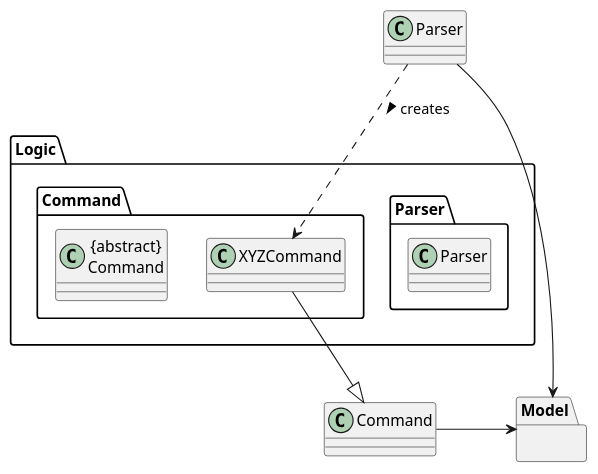
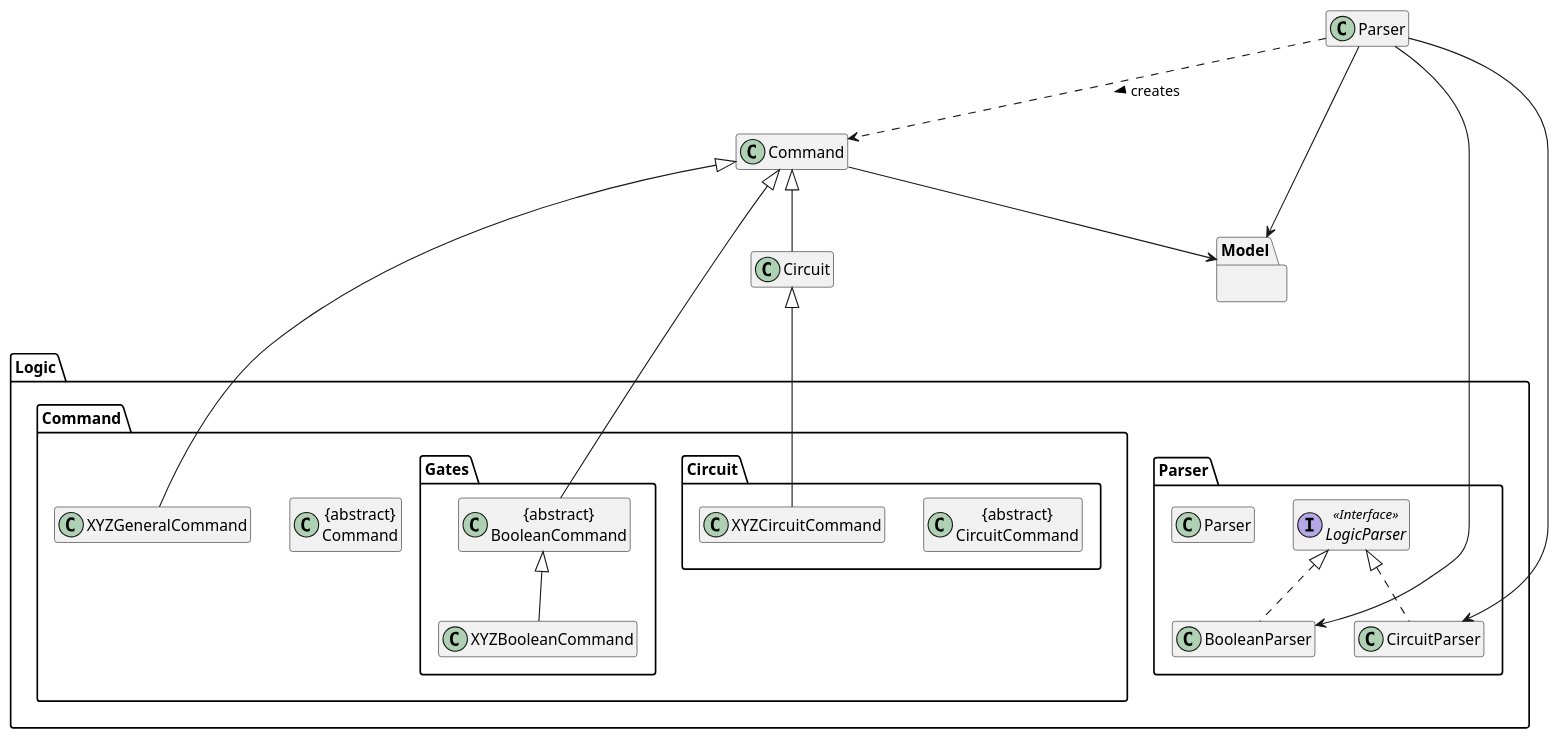
The diagram in docs/diagrams/LogicClassDiagram.puml (sevenseasofbri/tp), drawn with PlantUML before and after one commit. The commit also changed 18 other files, not shown here.

Commit message:
Update UML diagrams

```diff
--- a/docs/diagrams/LogicClassDiagram.puml
+++ b/docs/diagrams/LogicClassDiagram.puml
@@ -1,25 +1,47 @@
 @startuml
+
+hide member
 
 package Logic {
 
 package Parser {
     Class Parser
+    Class BooleanParser
+    Class CircuitParser
+    Interface LogicParser <<Interface>>
 }
 
 package Command {
-    Class XYZCommand
+    package Circuit {
+        Class "{abstract}\nCircuitCommand" as Circuit
+        Class XYZCircuitCommand
+    }
+    package Gates {
+        Class "{abstract}\nBooleanCommand" as Boolean
+        Class XYZBooleanCommand
+    }
     Class "{abstract}\nCommand" as Command
+    Class XYZGeneralCommand
 }
 
 }
 
 package Model {
 }
 
 Parser --> Model
-Command -r-> Model
+Command --> Model
 
-XYZCommand --|> Command
-Parser ..> XYZCommand : creates >
+Circuit -u-|> Command
+Boolean -u-|> Command
+XYZGeneralCommand -u-|> Command
+XYZCircuitCommand -u-|> Circuit
+XYZBooleanCommand -u-|> Boolean
+
+Parser ..> Command : creates >
+BooleanParser .u.|> LogicParser
+CircuitParser .u.|> LogicParser
+Parser -> BooleanParser
+Parser -> CircuitParser
 
 @enduml
```
